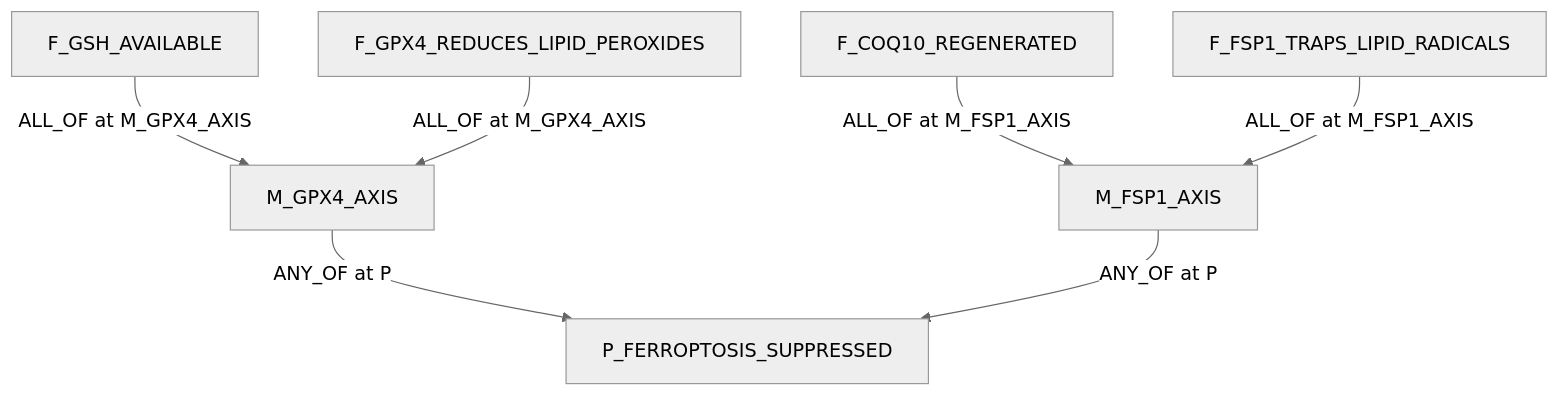
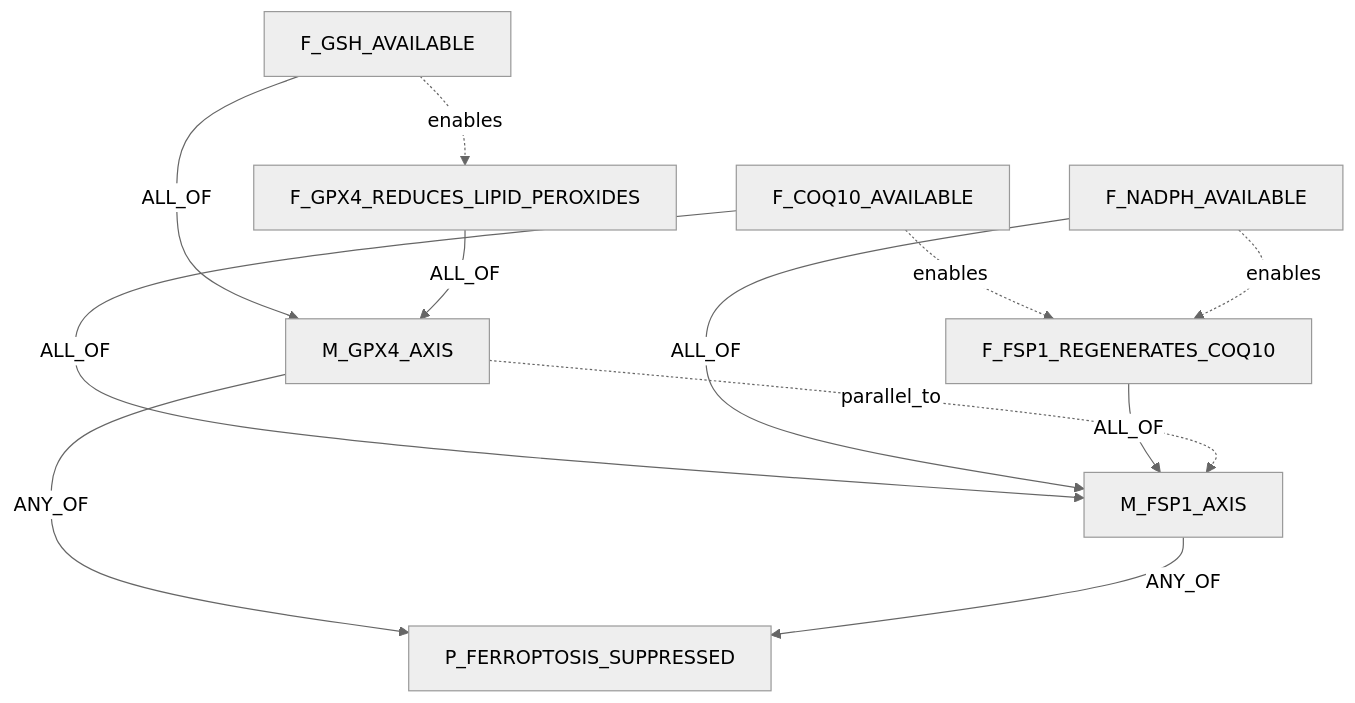
The fifth of 10 diagrams in ingest/CLAIM_OBJECT_MECHANISM_DAG_EXAMPLES.md (eliannaqk/bioKG), drawn with Mermaid (neutral theme) before and after one commit. The commit also changed other lines of this file and 5 other files, not shown here.

````diff
--- a/ingest/CLAIM_OBJECT_MECHANISM_DAG_EXAMPLES.md
+++ b/ingest/CLAIM_OBJECT_MECHANISM_DAG_EXAMPLES.md
@@ -257,17 +339,24 @@
 ```mermaid
 flowchart TD
   P["P_FERROPTOSIS_SUPPRESSED"]
   G["M_GPX4_AXIS"]
   F["M_FSP1_AXIS"]
   G1["F_GSH_AVAILABLE"]
   G2["F_GPX4_REDUCES_LIPID_PEROXIDES"]
-  F1["F_COQ10_REGENERATED"]
-  F2["F_FSP1_TRAPS_LIPID_RADICALS"]
+  F1["F_COQ10_AVAILABLE"]
+  F2["F_NADPH_AVAILABLE"]
+  F3["F_FSP1_REGENERATES_COQ10"]
 
-  G -- "ANY_OF at P" --> P
-  F -- "ANY_OF at P" --> P
-  G1 -- "ALL_OF at M_GPX4_AXIS" --> G
-  G2 -- "ALL_OF at M_GPX4_AXIS" --> G
-  F1 -- "ALL_OF at M_FSP1_AXIS" --> F
-  F2 -- "ALL_OF at M_FSP1_AXIS" --> F
+  G -- "ANY_OF" --> P
+  F -- "ANY_OF" --> P
+  G1 -- "ALL_OF" --> G
+  G2 -- "ALL_OF" --> G
+  F1 -- "ALL_OF" --> F
+  F2 -- "ALL_OF" --> F
+  F3 -- "ALL_OF" --> F
+
+  G -. "parallel_to" .-> F
+  G1 -. "enables" .-> G2
+  F1 -. "enables" .-> F3
+  F2 -. "enables" .-> F3
 ```
````
